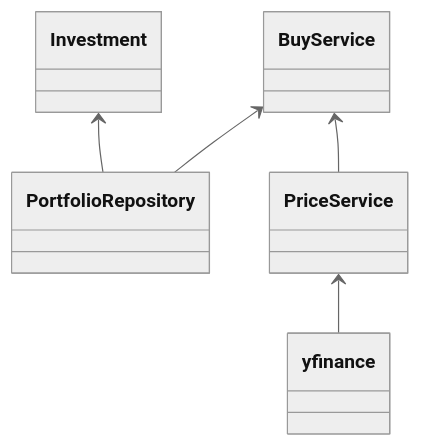
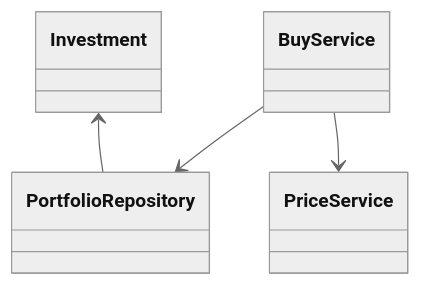
One commit to Aappo-Alatalo/ot-harjoitustyo changed the diagram in dokumentaatio/arkkitehtuuri.md. Above: the diagram before and after it, drawn with Mermaid (neutral theme). The commit also changed 2 other files, not shown here.

Commit message:
Fix suggestions from Labtool feedback

````diff
--- a/dokumentaatio/arkkitehtuuri.md
+++ b/dokumentaatio/arkkitehtuuri.md
@@ -1,14 +1,12 @@
 ```mermaid
 classDiagram
 class Investment
 class PortfolioRepository
 class BuyService
 class PriceService
-class yfinance
 
     Investment <-- PortfolioRepository
-    BuyService <-- PortfolioRepository
-    BuyService <-- PriceService
-    PriceService <-- yfinance
+    BuyService --> PortfolioRepository
+    BuyService --> PriceService
 
 ```
````
